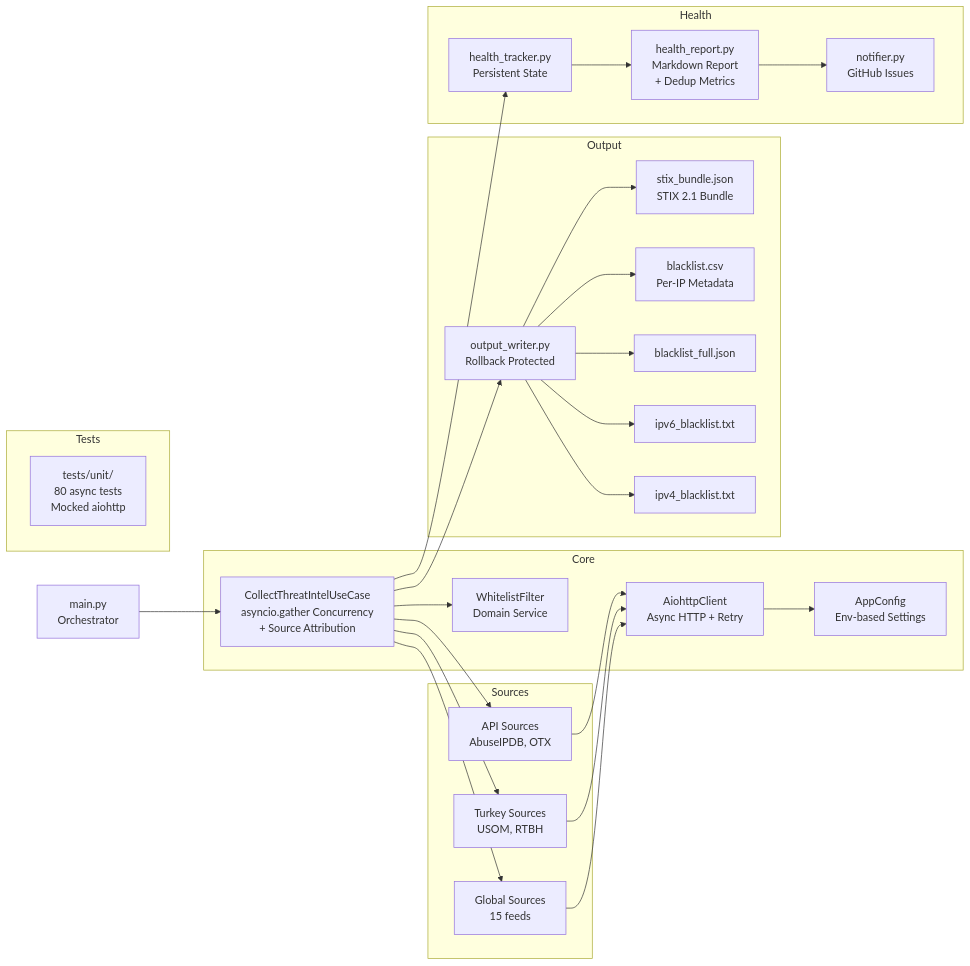
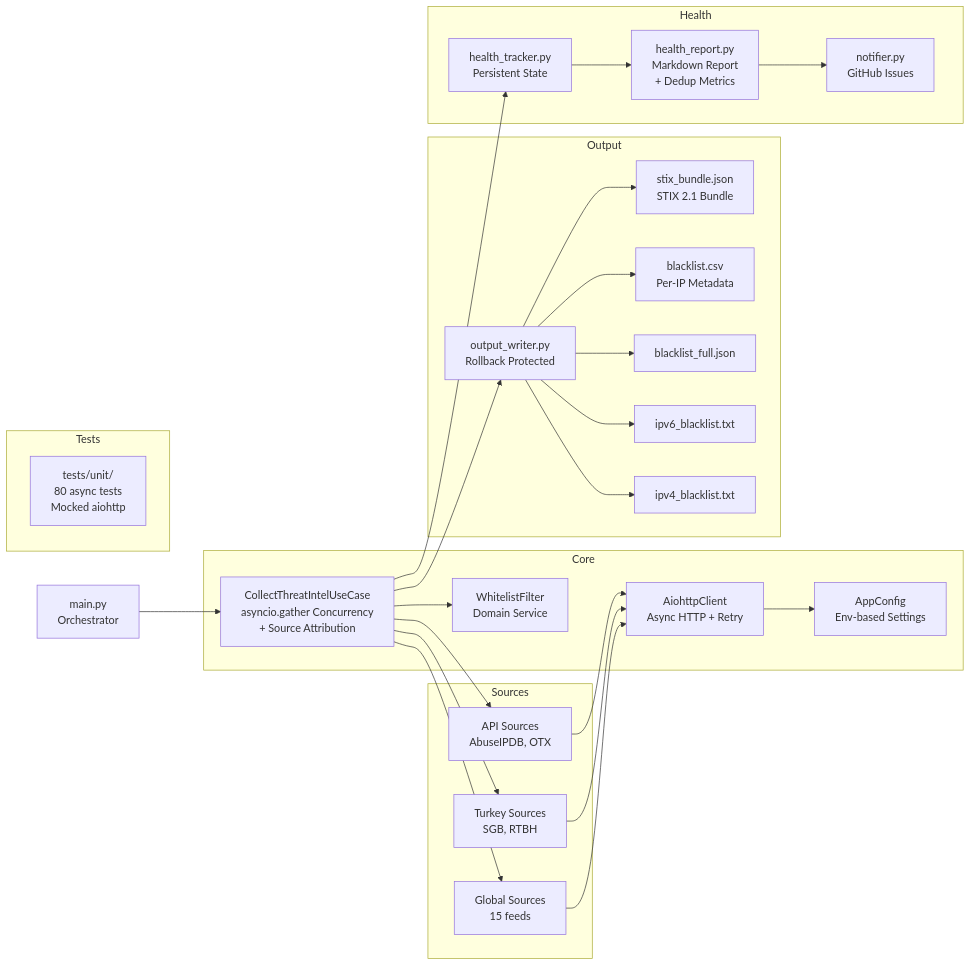
One commit to ziyadnz/threat-intel-ip-feeds changed the second of 2 diagrams in README.md. Above: the diagram before and after it, drawn with Mermaid. The commit also changed other lines of this file and 8 other files, not shown here.

Commit message:
Rename USOM to SGB, drop Feodo Tracker feed

````diff
--- a/README.md
+++ b/README.md
@@ -418,45 +417,45 @@
 ```mermaid
 graph LR
     subgraph Sources
         GS[Global Sources<br/>15 feeds]
-        TS[Turkey Sources<br/>USOM, RTBH]
+        TS[Turkey Sources<br/>SGB, RTBH]
         AS[API Sources<br/>AbuseIPDB, OTX]
     end
 
     subgraph Core
         CO[CollectThreatIntelUseCase<br/>asyncio.gather Concurrency<br/>+ Source Attribution]
         UT[AiohttpClient<br/>Async HTTP + Retry]
         CF[AppConfig<br/>Env-based Settings]
         WL[WhitelistFilter<br/>Domain Service]
     end
 
     subgraph Output
         OW[output_writer.py<br/>Rollback Protected]
         IPv4[ipv4_blacklist.txt]
         IPv6[ipv6_blacklist.txt]
         JSON[blacklist_full.json]
         CSV[blacklist.csv<br/>Per-IP Metadata]
         STIX[stix_bundle.json<br/>STIX 2.1 Bundle]
     end
 
     subgraph Health
         HT[health_tracker.py<br/>Persistent State]
         HR[health_report.py<br/>Markdown Report<br/>+ Dedup Metrics]
         NO[notifier.py<br/>GitHub Issues]
     end
 
     subgraph Tests
         TS2[tests/unit/<br/>80 async tests<br/>Mocked aiohttp]
     end
 
     MAIN[main.py<br/>Orchestrator] --> CO
     CO --> GS & TS & AS
     GS & TS & AS --> UT
     UT --> CF
     CO --> WL
     CO --> OW
     OW --> IPv4 & IPv6 & JSON & CSV & STIX
     CO --> HT
     HT --> HR
     HR --> NO
 ```
````
